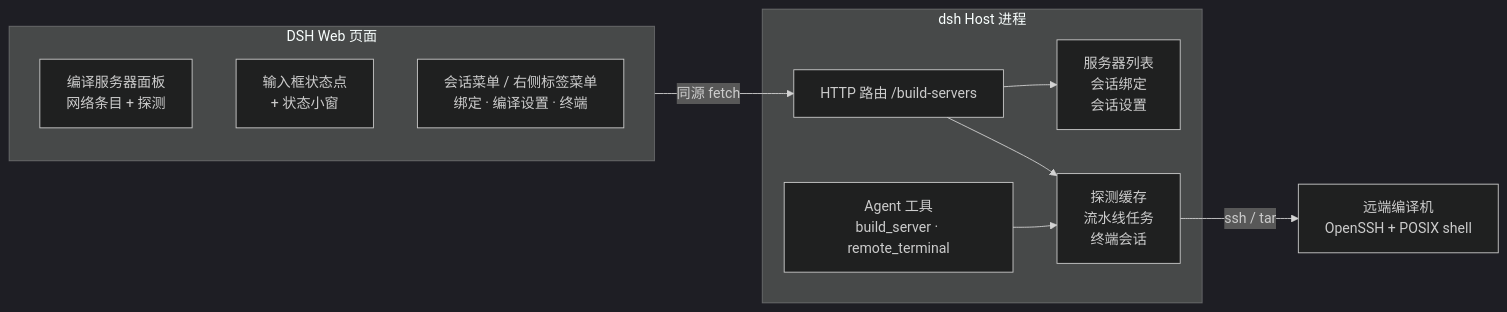
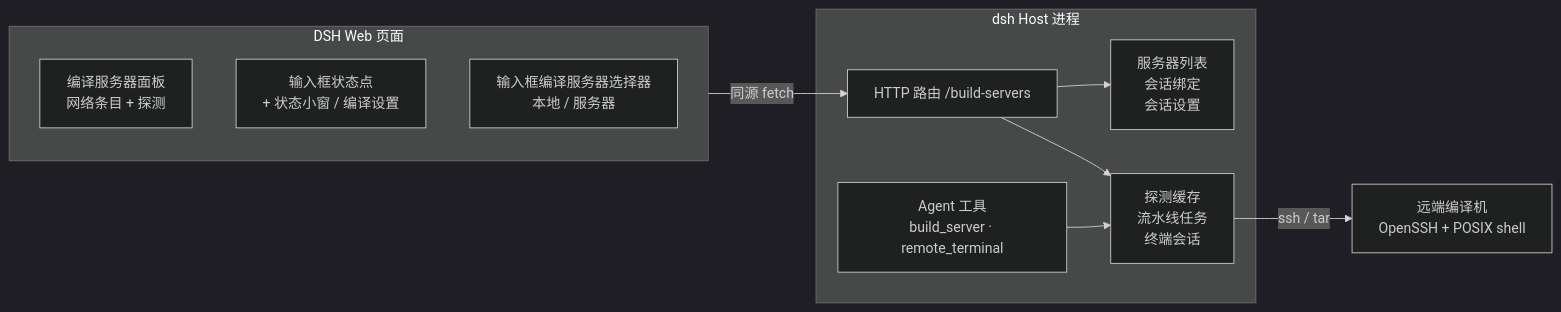
One commit to ji-tz/dsh-build-servers changed the diagram in README.zh.md. Above: the diagram before and after it, drawn with Mermaid (dark theme). The commit also changed other lines of this file and 9 other files, not shown here.

````diff
--- a/README.zh.md
+++ b/README.zh.md
@@ -23,20 +23,20 @@
 ```mermaid
 flowchart LR
   subgraph Page["DSH Web 页面"]
     Panel["编译服务器面板<br/>网络条目 + 探测"]
-    Chip["输入框状态点<br/>+ 状态小窗"]
-    Menus["会话菜单 / 右侧标签菜单<br/>绑定 · 编译设置 · 终端"]
+    Chip["输入框状态点<br/>+ 状态小窗 / 编译设置"]
+    Picker["输入框编译服务器选择器<br/>本地 / 服务器"]
   end
   subgraph Host["dsh Host 进程"]
     Route["HTTP 路由 /build-servers"]
     State["服务器列表<br/>会话绑定<br/>会话设置"]
     Jobs["探测缓存<br/>流水线任务<br/>终端会话"]
     Tools["Agent 工具<br/>build_server · remote_terminal"]
   end
   Build["远端编译机<br/>OpenSSH + POSIX shell"]
   Page -->|同源 fetch| Route
   Route --> State
   Route --> Jobs
   Tools --> Jobs
   Jobs -->|ssh / tar| Build
 ```
````
